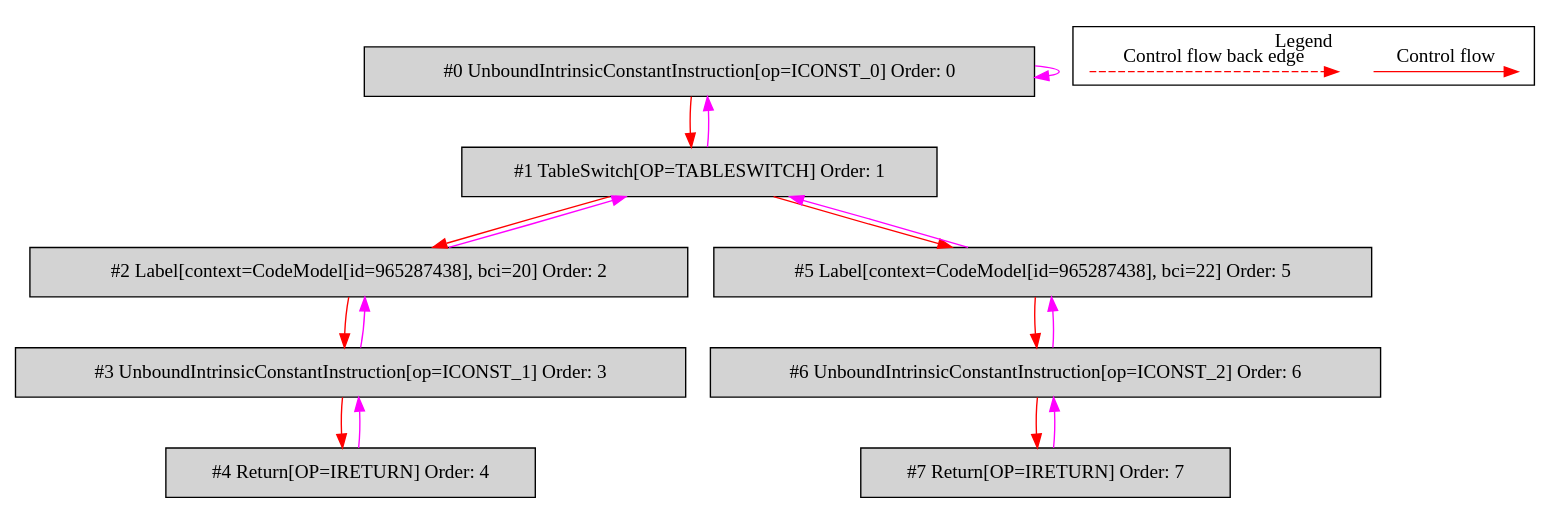
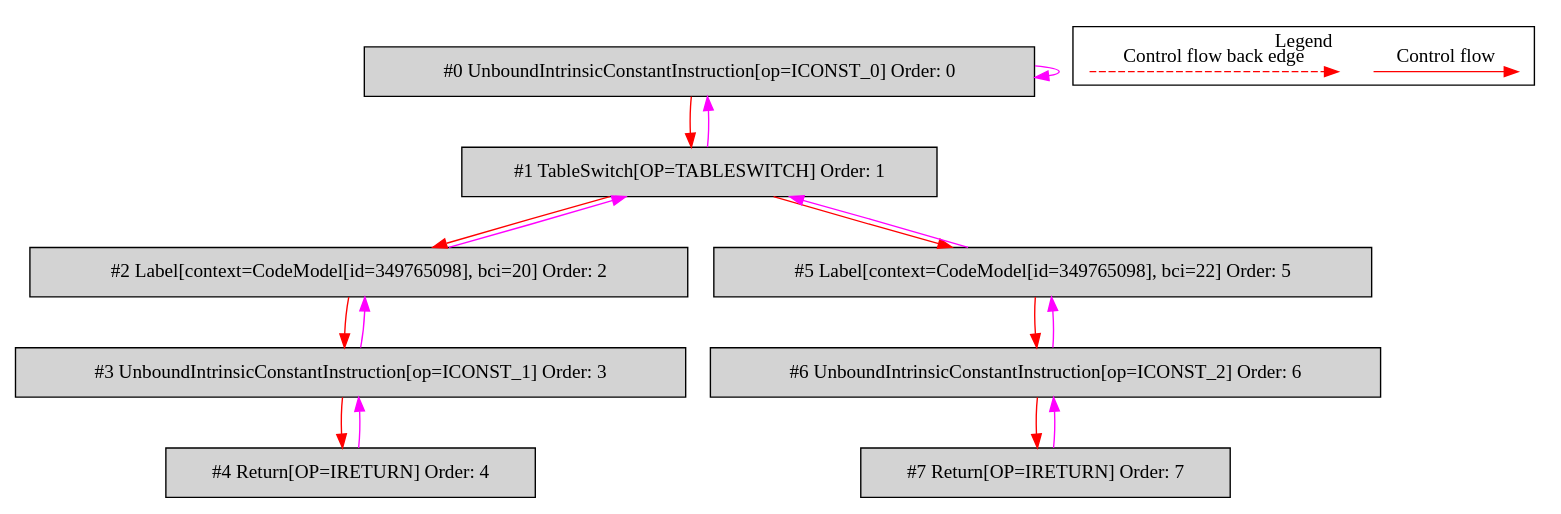
One commit to mirkosertic/MetaIR changed the diagram in de.mirkosertic.metair.ir.OpcodeTABLESWITCHTest/test_TABLESWITCH/bytecodecfg.dot. Above: the diagram before and after it, drawn with Graphviz. The commit also changed 636 other files, not shown here.

```diff
--- a/de.mirkosertic.metair.ir.OpcodeTABLESWITCHTest/test_TABLESWITCH/bytecodecfg.dot
+++ b/de.mirkosertic.metair.ir.OpcodeTABLESWITCHTest/test_TABLESWITCH/bytecodecfg.dot
@@ -1,40 +1,40 @@
 digraph {
  ordering="in";
  node0[label="#0 UnboundIntrinsicConstantInstruction[op=ICONST_0] Order: 0", shape=box, fillcolor=lightgrey, style=filled];
  node1[label="#1 TableSwitch[OP=TABLESWITCH] Order: 1", shape=box, fillcolor=lightgrey, style=filled];
- node2[label="#2 Label[context=CodeModel[id=965287438], bci=20] Order: 2", shape=box, fillcolor=lightgrey, style=filled];
+ node2[label="#2 Label[context=CodeModel[id=349765098], bci=20] Order: 2", shape=box, fillcolor=lightgrey, style=filled];
  node3[label="#3 UnboundIntrinsicConstantInstruction[op=ICONST_1] Order: 3", shape=box, fillcolor=lightgrey, style=filled];
  node4[label="#4 Return[OP=IRETURN] Order: 4", shape=box, fillcolor=lightgrey, style=filled];
- node5[label="#5 Label[context=CodeModel[id=965287438], bci=22] Order: 5", shape=box, fillcolor=lightgrey, style=filled];
+ node5[label="#5 Label[context=CodeModel[id=349765098], bci=22] Order: 5", shape=box, fillcolor=lightgrey, style=filled];
  node6[label="#6 UnboundIntrinsicConstantInstruction[op=ICONST_2] Order: 6", shape=box, fillcolor=lightgrey, style=filled];
  node7[label="#7 Return[OP=IRETURN] Order: 7", shape=box, fillcolor=lightgrey, style=filled];
  node0 -> node0[color=fuchsia];
  node0 -> node1[color=red];
  node1 -> node0[color=fuchsia];
  node1 -> node2[color=red];
  node2 -> node1[color=fuchsia];
  node2 -> node3[color=red];
  node3 -> node2[color=fuchsia];
  node3 -> node4[color=red];
  node4 -> node3[color=fuchsia];
  node1 -> node5[color=red];
  node5 -> node1[color=fuchsia];
  node5 -> node6[color=red];
  node6 -> node5[color=fuchsia];
  node6 -> node7[color=red];
  node7 -> node6[color=fuchsia];
  subgraph cluster_000 {
   label = "Legend";
   node [shape=point]
   {
    rank=same;
    c0 [style = invis];
    c1 [style = invis];
    c2 [style = invis];
    c3 [style = invis];
   }
   c0 -> c1 [label="Control flow", style=solid, color=red]
   c2 -> c3 [label="Control flow back edge", style=dashed, color=red]
  }
 
 }
```
